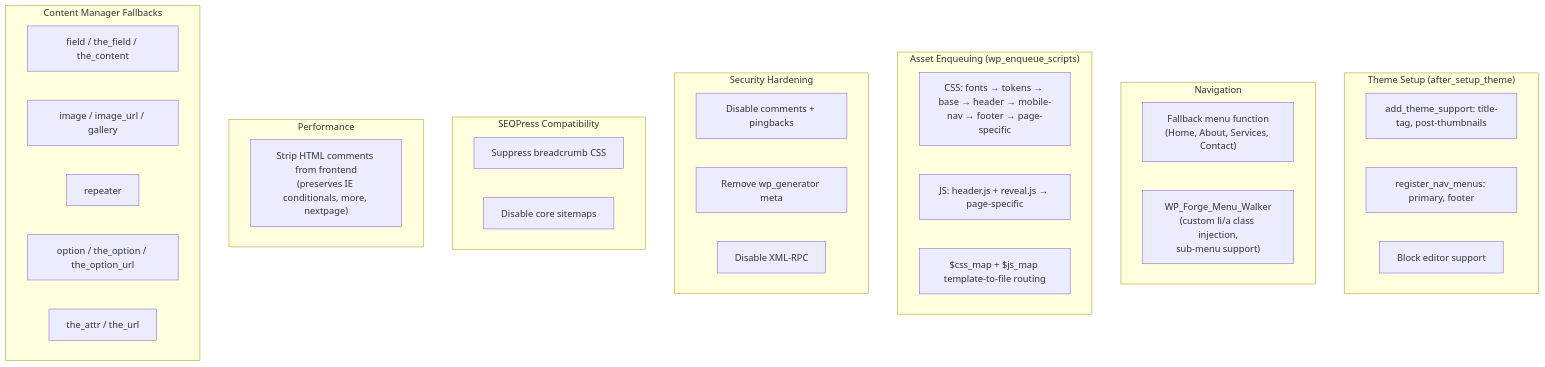
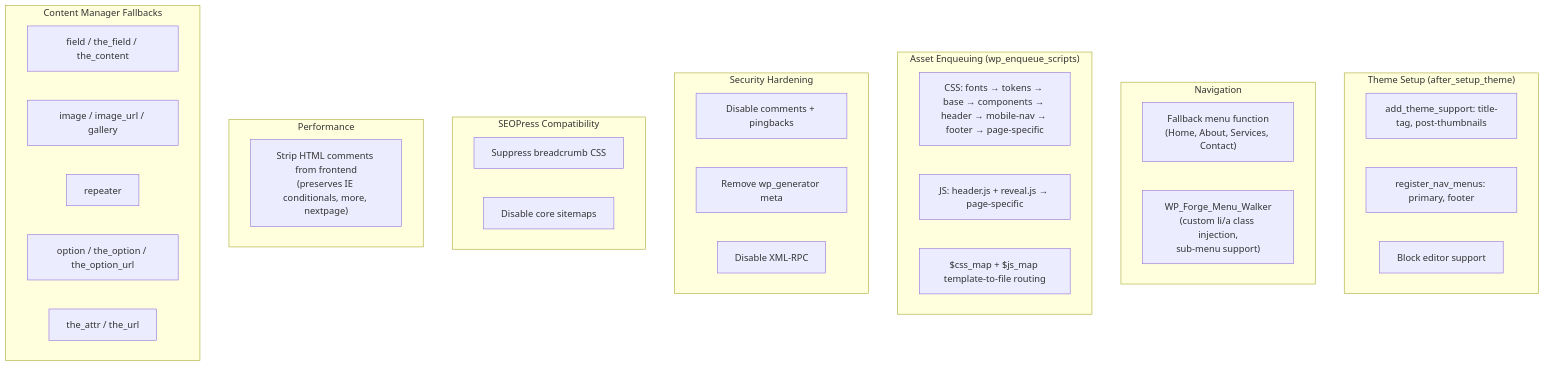
One commit to cavraeg-eng/bookings-and-flight changed the fifth of 10 diagrams in themes/bookings-and-flights-static/ARCHITECTURE.md. Above: the diagram before and after it, drawn with Mermaid. The commit also changed other lines of this file and 9 other files, not shown here.

Commit message:
Split shared theme components CSS

````diff
--- a/themes/bookings-and-flights-static/ARCHITECTURE.md
+++ b/themes/bookings-and-flights-static/ARCHITECTURE.md
@@ -159,42 +161,42 @@
 ```mermaid
 flowchart TB
     subgraph SETUP["Theme Setup (after_setup_theme)"]
         S1["add_theme_support: title-tag, post-thumbnails"]
         S2["register_nav_menus: primary, footer"]
         S3["Block editor support"]
     end
 
     subgraph NAV["Navigation"]
         N1["Fallback menu function<br/>(Home, About, Services, Contact)"]
         N2["WP_Forge_Menu_Walker<br/>(custom li/a class injection,<br/>sub-menu support)"]
     end
 
     subgraph ENQUEUE["Asset Enqueuing (wp_enqueue_scripts)"]
-        E1["CSS: fonts → tokens → base → header → mobile-nav → footer → page-specific"]
+        E1["CSS: fonts → tokens → base → components → header → mobile-nav → footer → page-specific"]
         E2["JS: header.js + reveal.js → page-specific"]
         E3["$css_map + $js_map template-to-file routing"]
     end
 
     subgraph SECURITY["Security Hardening"]
         SEC1["Disable comments + pingbacks"]
         SEC2["Remove wp_generator meta"]
         SEC3["Disable XML-RPC"]
     end
 
     subgraph SEO["SEOPress Compatibility"]
         SEO1["Suppress breadcrumb CSS"]
         SEO2["Disable core sitemaps"]
     end
 
     subgraph PERF["Performance"]
         P1["Strip HTML comments from frontend<br/>(preserves IE conditionals, more, nextpage)"]
     end
 
     subgraph FALLBACKS["Content Manager Fallbacks"]
         FB1["field / the_field / the_content"]
         FB2["image / image_url / gallery"]
         FB3["repeater"]
         FB4["option / the_option / the_option_url"]
         FB5["the_attr / the_url"]
     end
 ```
````
